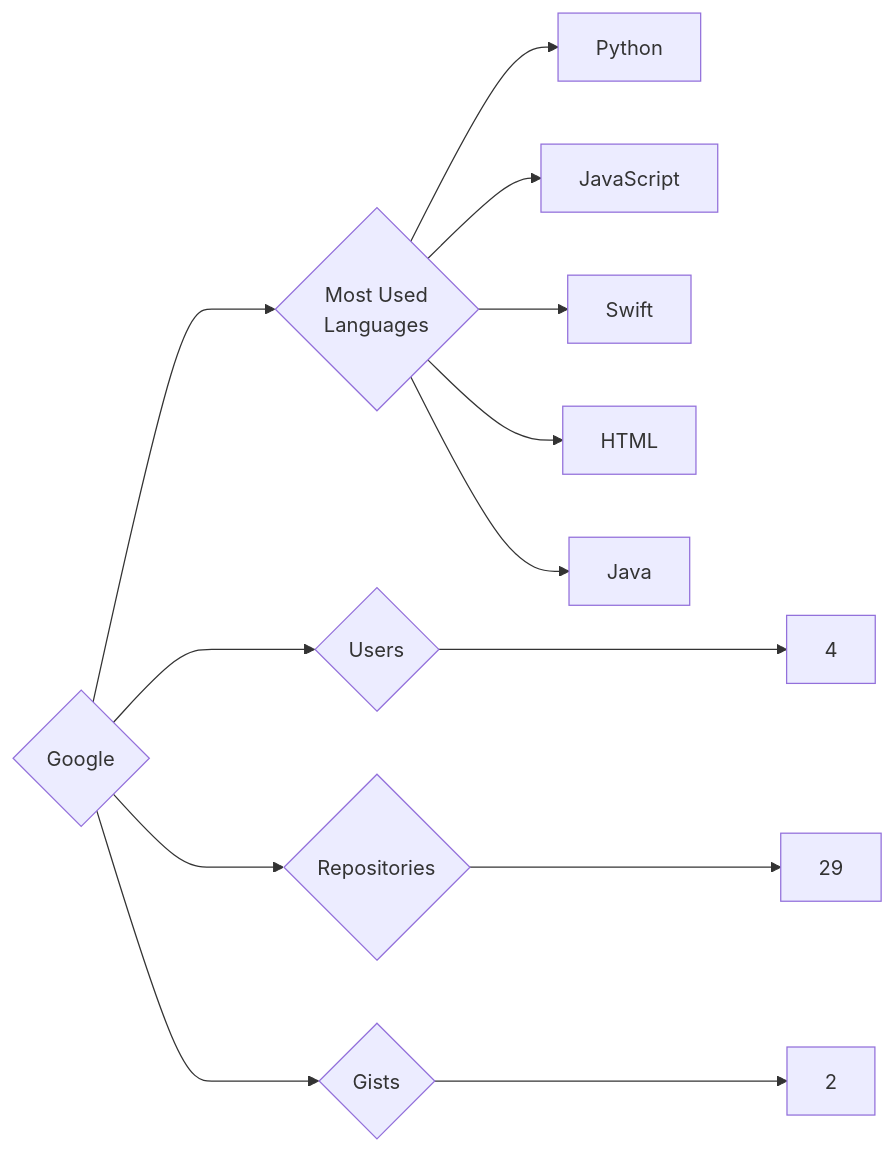
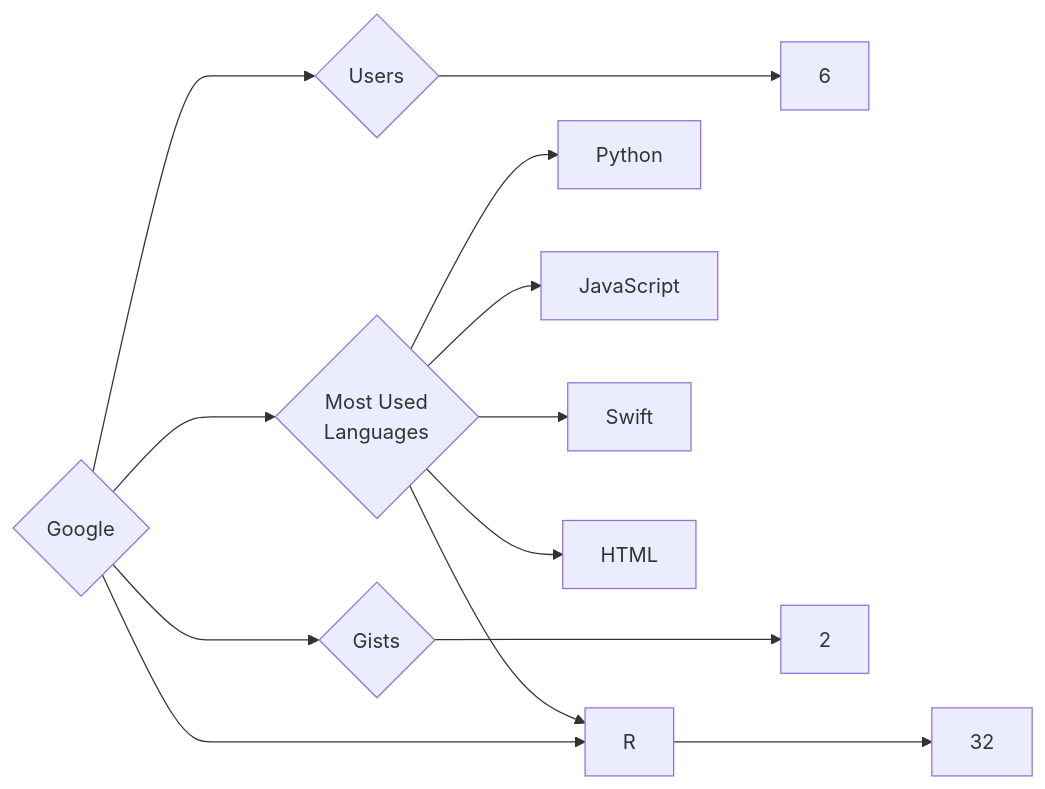
One commit to trickest/insiders changed the diagram in targets/Google/README.md. Above: the diagram before and after it, drawn with Mermaid. The commit also changed 873 other files, not shown here.

````diff
--- a/targets/Google/README.md
+++ b/targets/Google/README.md
@@ -3,13 +3,13 @@
 ```mermaid
 graph LR
 COMPANY_NAME{Google}
-COMPANY_NAME ---> U{Users} ---> UN[4]
-COMPANY_NAME ---> R{Repositories} ---> RN[29]
+COMPANY_NAME ---> U{Users} ---> UN[6]
+COMPANY_NAME ---> R{Repositories} ---> RN[32]
 COMPANY_NAME ---> G{Gists} ---> GN[2]
 COMPANY_NAME ---> ML{Most Used<br>Languages}
 ML --> Python[Python]
 ML --> JavaScript[JavaScript]
 ML --> Swift[Swift]
+ML --> R[R]
 ML --> HTML[HTML]
-ML --> Java[Java]
 ```
````
